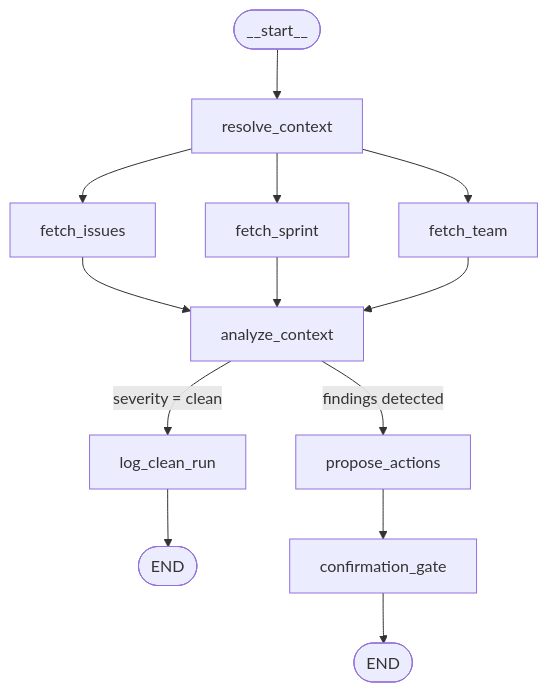
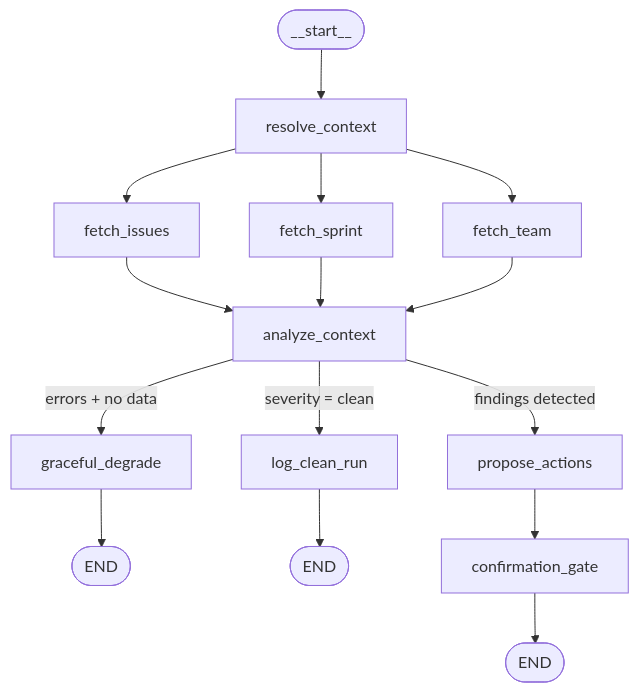
One commit to dmalcorn/ship changed the second of 2 diagrams in gauntlet_docs/FLEETGRAPH.md. Above: the diagram before and after it, drawn with Mermaid. The commit also changed other lines of this file and 2 other files, not shown here.

````diff
--- a/gauntlet_docs/FLEETGRAPH.md
+++ b/gauntlet_docs/FLEETGRAPH.md
@@ -129,15 +129,17 @@
 ```mermaid
 graph TD
     START([__start__]) --> RC[resolve_context]
     RC --> FI[fetch_issues]
     RC --> FS[fetch_sprint]
     RC --> FT[fetch_team]
     FI --> AC[analyze_context]
     FS --> AC
     FT --> AC
+    AC -->|errors + no data| GD[graceful_degrade]
     AC -->|severity = clean| LCR[log_clean_run]
     AC -->|findings detected| PA[propose_actions]
-    LCR --> END1([END])
+    GD --> END1([END])
+    LCR --> END2([END])
     PA --> CG[confirmation_gate]
-    CG --> END2([END])
+    CG --> END3([END])
 ```
````
